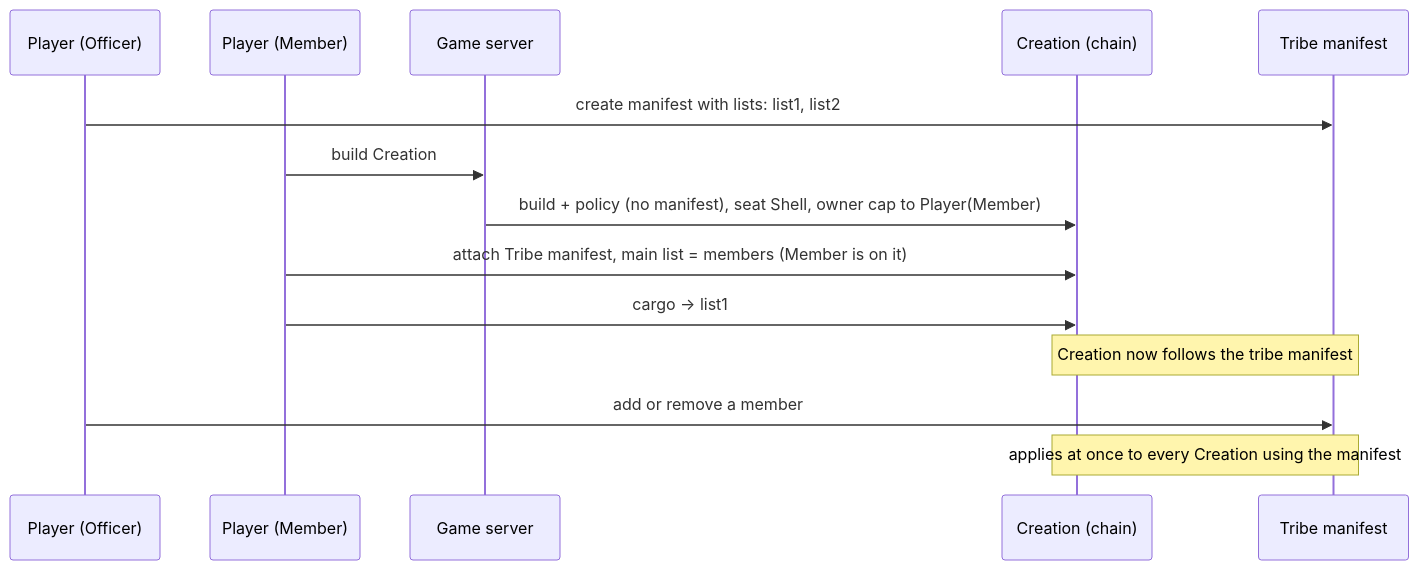
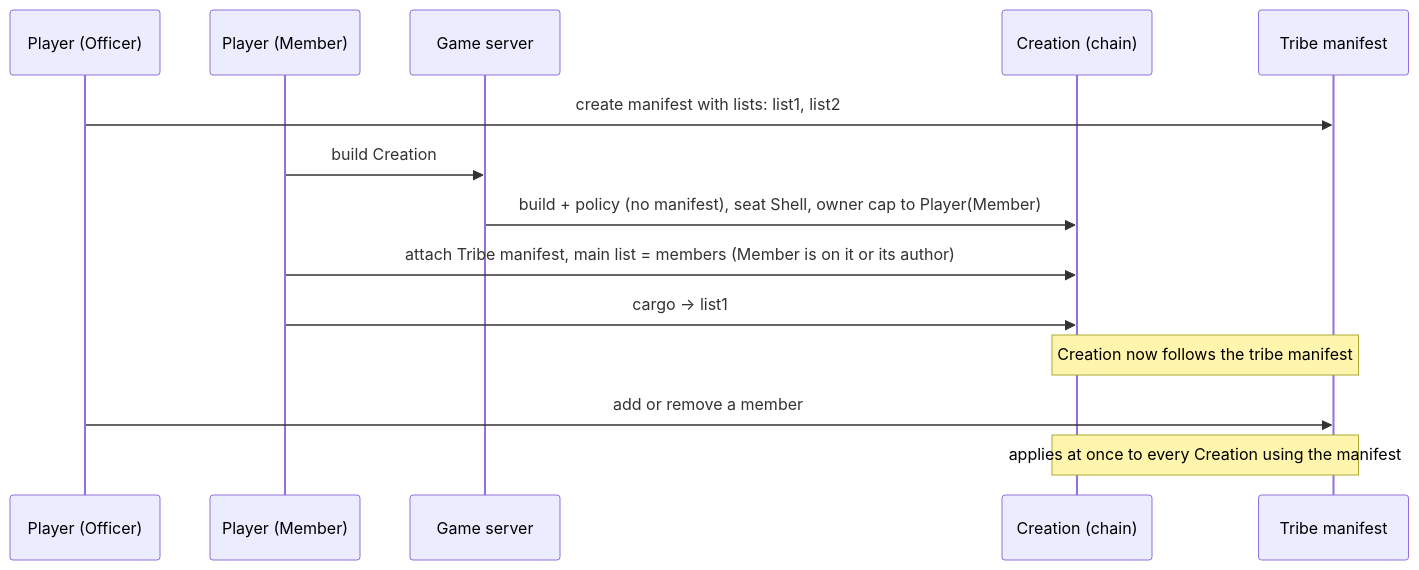
The first of 6 diagrams in docs/adr/0007-access-control.md (evefrontier/world-contracts), drawn with Mermaid before and after one commit. The commit also changed other lines of this file, not shown here.

Commit message:
docs(adr): cold vs dark wording and attach by author

````diff
--- a/docs/adr/0007-access-control.md
+++ b/docs/adr/0007-access-control.md
@@ -65,17 +65,17 @@
 ```mermaid
 sequenceDiagram
     participant Officer as Player (Officer)
     participant Builder as Player (Member)
     participant Game as Game server
     participant Chain as Creation (chain)
     participant List as Tribe manifest
 
     Officer->>List: create manifest with lists: list1, list2
     Builder->>Game: build Creation
     Game->>Chain: build + policy (no manifest), seat Shell, owner cap to Player(Member)
-    Builder->>Chain: attach Tribe manifest, main list = members (Member is on it)
+    Builder->>Chain: attach Tribe manifest, main list = members (Member is on it or its author)
     Builder->>Chain: cargo -> list1
     Note over Chain,List: Creation now follows the tribe manifest
     Officer->>List: add or remove a member
     Note over Chain,List: applies at once to every Creation using the manifest
 ```
````
